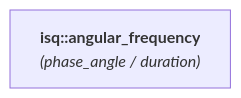
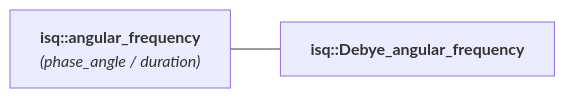
Before and after one commit to mpusz/mp-units: the diagram in docs/reference/systems_reference/hierarchies/angular_frequency_isq.md, drawn with Mermaid. The commit also changed 30 other files, not shown here.

````diff
--- a/docs/reference/systems_reference/hierarchies/angular_frequency_isq.md
+++ b/docs/reference/systems_reference/hierarchies/angular_frequency_isq.md
@@ -8,4 +8,6 @@
 ```mermaid
 flowchart LR
     isq_angular_frequency["<b><a href="../../systems/isq/#angular_frequency" style="color: var(--md-mermaid-label-fg-color); text-decoration: none;">isq::angular_frequency</a></b><br><i>(<a href="../../systems/isq/#phase_angle" style="color: var(--md-mermaid-label-fg-color); text-decoration: none;">phase_angle</a> / <a href="../../systems/isq/#duration" style="color: var(--md-mermaid-label-fg-color); text-decoration: none;">duration</a>)</i>"]
+    isq_Debye_angular_frequency["<b><a href="../../systems/isq/#Debye_angular_frequency" style="color: var(--md-mermaid-label-fg-color); text-decoration: none;">isq::Debye_angular_frequency</a></b>"]
+    isq_angular_frequency --- isq_Debye_angular_frequency
 ```
````
